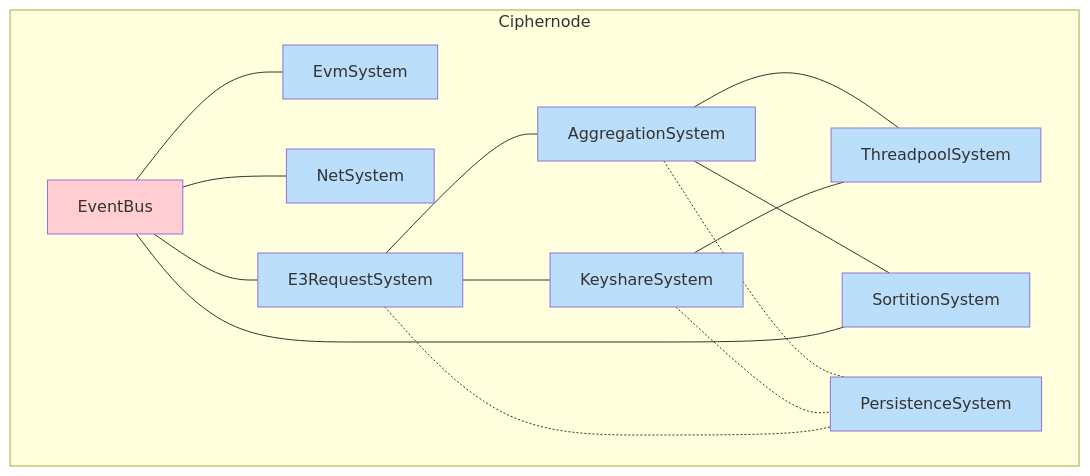
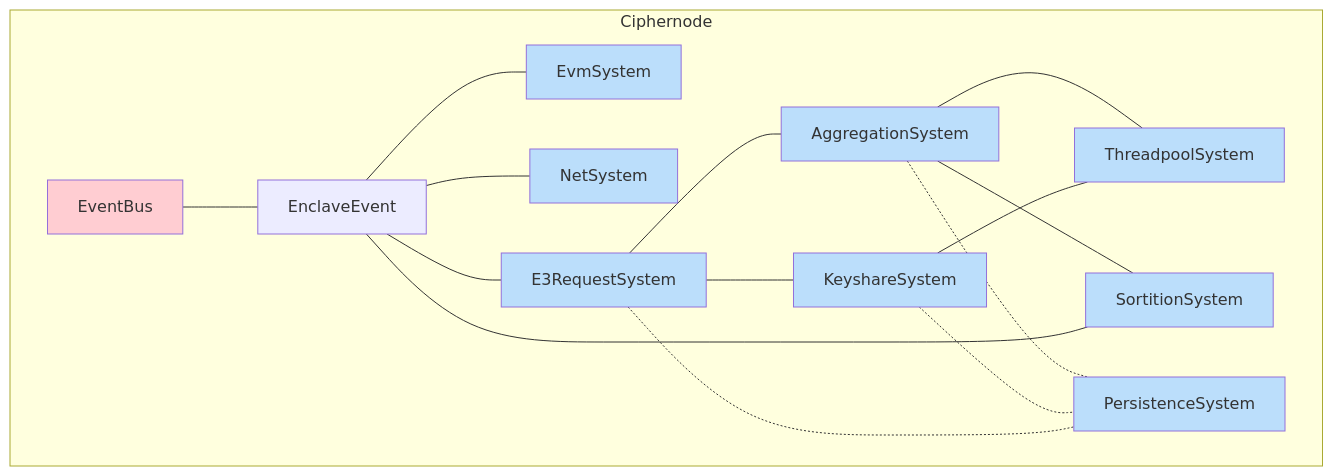
One commit to gnosisguild/enclave changed the diagram in crates/Ciphernode.md. Above: the diagram before and after it, drawn with Mermaid. The commit also changed other lines of this file and 3 other files, not shown here.

````diff
--- a/crates/Ciphernode.md
+++ b/crates/Ciphernode.md
@@ -11,57 +11,61 @@
 ```mermaid
 flowchart TB
     subgraph s1["Ciphernode"]
         EVM["EvmSystem"]
         EB["EventBus"]
+        EE["EnclaveEvent"]
         NET["NetSystem"]
 		R["E3RequestSystem"]
         KS["KeyshareSystem"]
         COM["ThreadpoolSystem"]
         P["PersistenceSystem"]
         AS["AggregationSystem"]
         SS["SortitionSystem"]
     end
 
-	EB --- EVM
-    EB --- NET
+	EB --- EE
+	EE --- EVM
+    EE --- NET
     R --- AS
     R --- KS
-    EB --- R
+    EE --- R
     AS --- COM
     KS --- COM
     AS --- SS
-    EB --- SS
+    EE --- SS
     AS -.- P
     KS -.- P
     R -.- P
 
     EVM:::internal-link
+    EE:::internal-link
     EB:::internal-link
     NET:::internal-link
     COM:::internal-link
     R:::internal-link
     AS:::internal-link
     KS:::internal-link
     SS:::internal-link
     P:::internal-link
 
     style EVM fill:#BBDEFB
     style EB fill:#FFCDD2
     style NET fill:#BBDEFB
     style R fill:#BBDEFB
 	style KS fill:#BBDEFB
     style COM fill:#BBDEFB
     style AS fill:#BBDEFB
     style SS fill:#BBDEFB
 	style P fill:#BBDEFB
 
     click EVM "http://github.com/gnosisguild/enclave/tree/main/crates/evm/EvmSystem.md"
+    click EE "http://github.com/gnosisguild/enclave/tree/main/crates/events/docs/EnclaveEvent.md"
     click EB "http://github.com/gnosisguild/enclave/tree/main/crates/events/docs/EventBus.md"
     click NET "http://github.com/gnosisguild/enclave/tree/main/crates/net/NetSystem.md"
     click COM "http://github.com/gnosisguild/enclave/tree/main/crates/threadpool/ThreadpoolSystem.md"
     click R "http://github.com/gnosisguild/enclave/tree/main/crates/request/E3RequestSystem.md"
     click AS "http://github.com/gnosisguild/enclave/tree/main/crates/aggregator/AggregationSystem.md"
     click KS "http://github.com/gnosisguild/enclave/tree/main/crates/keyshare/KeyshareSystem.md"
     click SS "http://github.com/gnosisguild/enclave/tree/main/crates/sortition/SortitionSystem.md"
     click P "http://github.com/gnosisguild/enclave/tree/main/crates/data/PersistenceSystem.md"
 ```
````
